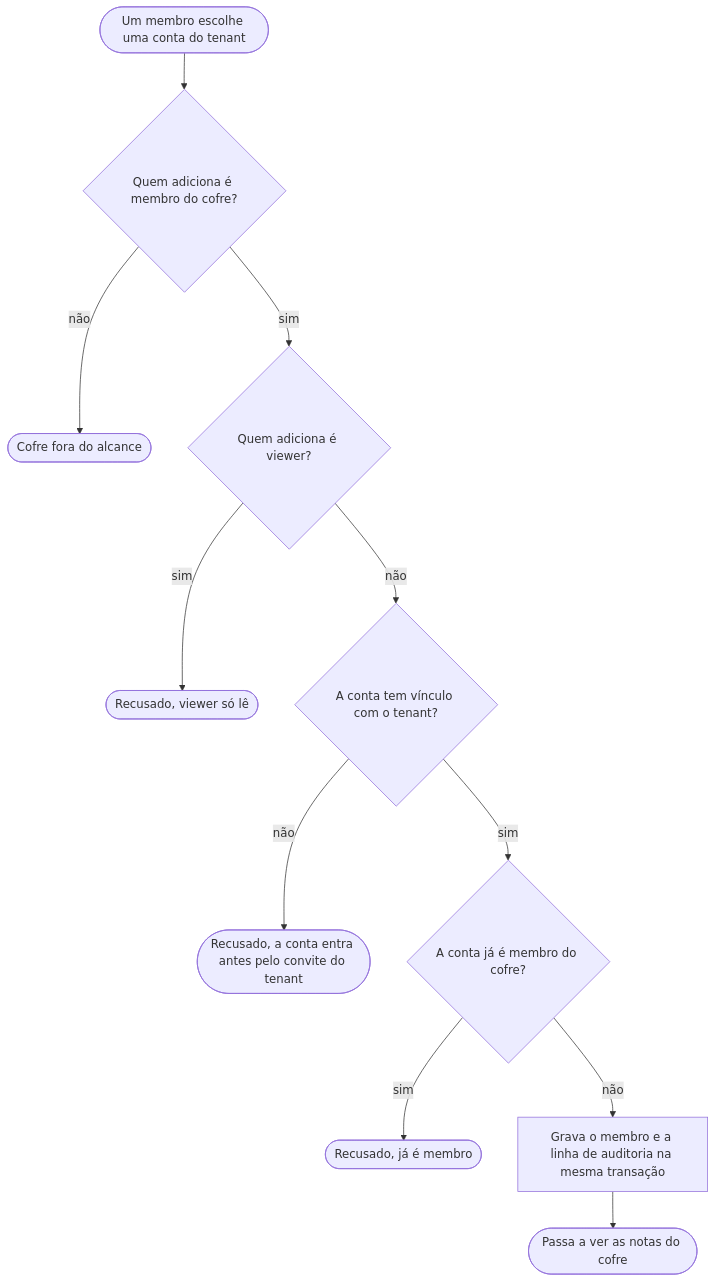
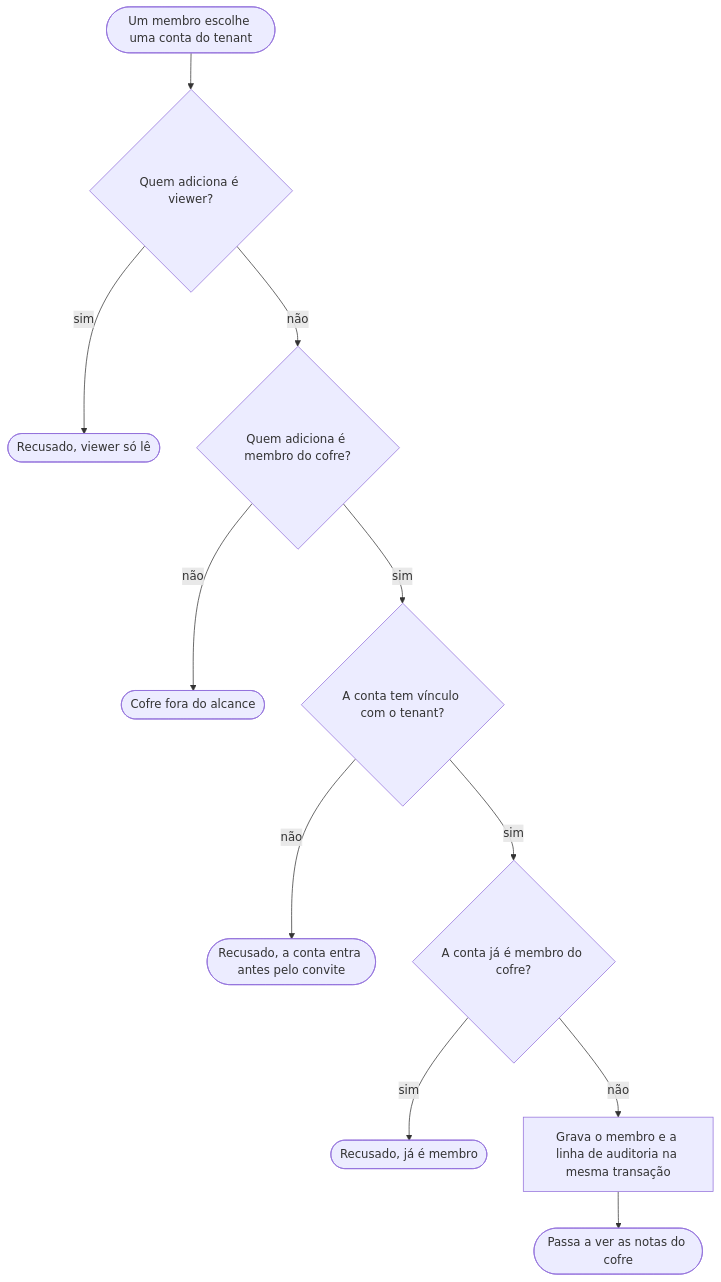
One commit to markupp-labs/markupp changed the fourth of 4 diagrams in docs/fluxogramas.md. Above: the diagram before and after it, drawn with Mermaid. The commit also changed other lines of this file and 5 other files, not shown here.

````diff
--- a/docs/fluxogramas.md
+++ b/docs/fluxogramas.md
@@ -91,13 +89,13 @@
 ```mermaid
 flowchart TD
-  A(["Um membro escolhe uma conta do tenant"]) --> B{"Quem adiciona é membro do cofre?"}
+  A(["Um membro escolhe uma conta do tenant"]) --> D{"Quem adiciona é viewer?"}
+  D -- sim --> E(["Recusado, viewer só lê"])
+  D -- não --> B{"Quem adiciona é membro do cofre?"}
   B -- não --> C(["Cofre fora do alcance"])
-  B -- sim --> D{"Quem adiciona é viewer?"}
-  D -- sim --> E(["Recusado, viewer só lê"])
-  D -- não --> F{"A conta tem vínculo com o tenant?"}
-  F -- não --> G(["Recusado, a conta entra antes pelo convite do tenant"])
+  B -- sim --> F{"A conta tem vínculo com o tenant?"}
+  F -- não --> G(["Recusado, a conta entra antes pelo convite"])
   F -- sim --> H{"A conta já é membro do cofre?"}
   H -- sim --> I(["Recusado, já é membro"])
   H -- não --> J["Grava o membro e a linha de auditoria na mesma transação"]
   J --> K(["Passa a ver as notas do cofre"])
 ```
````
